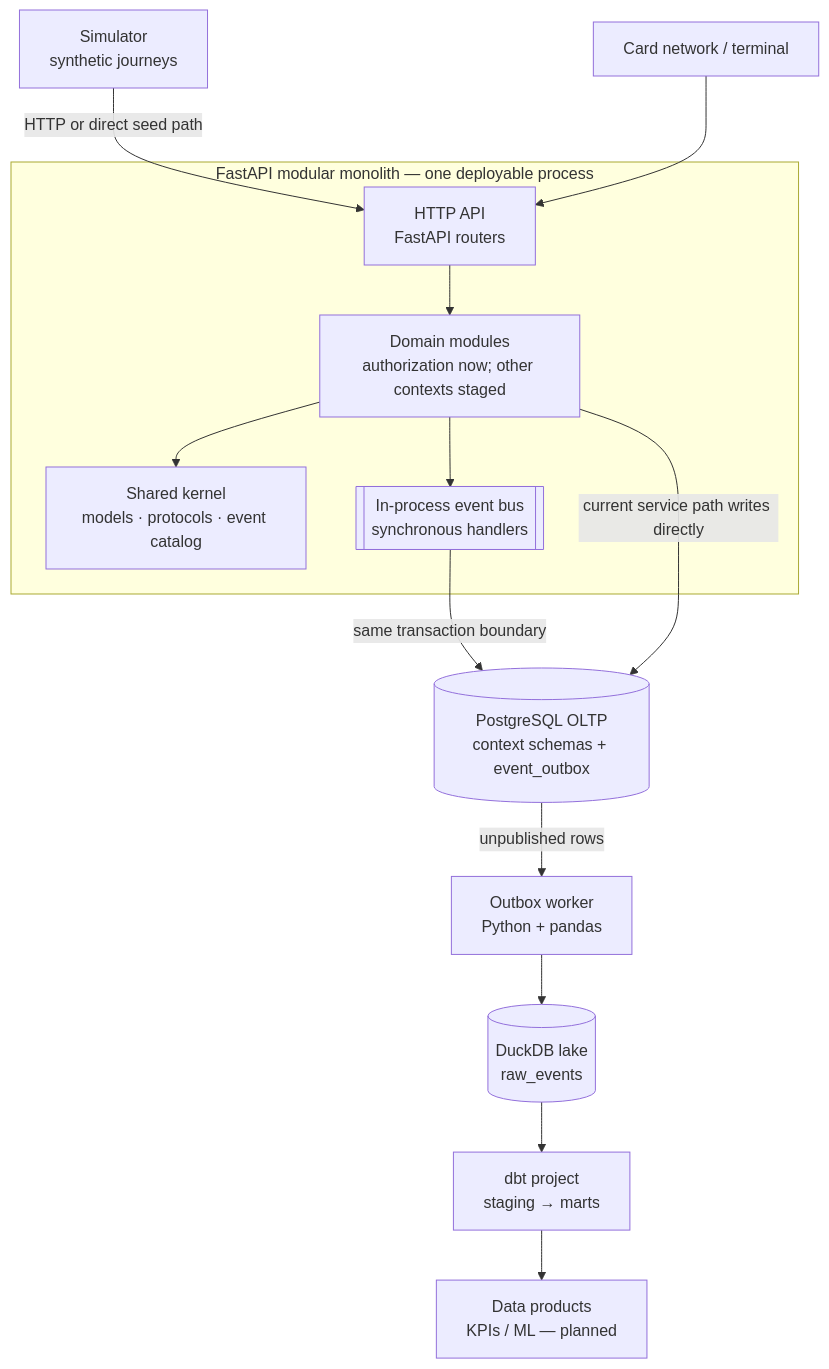
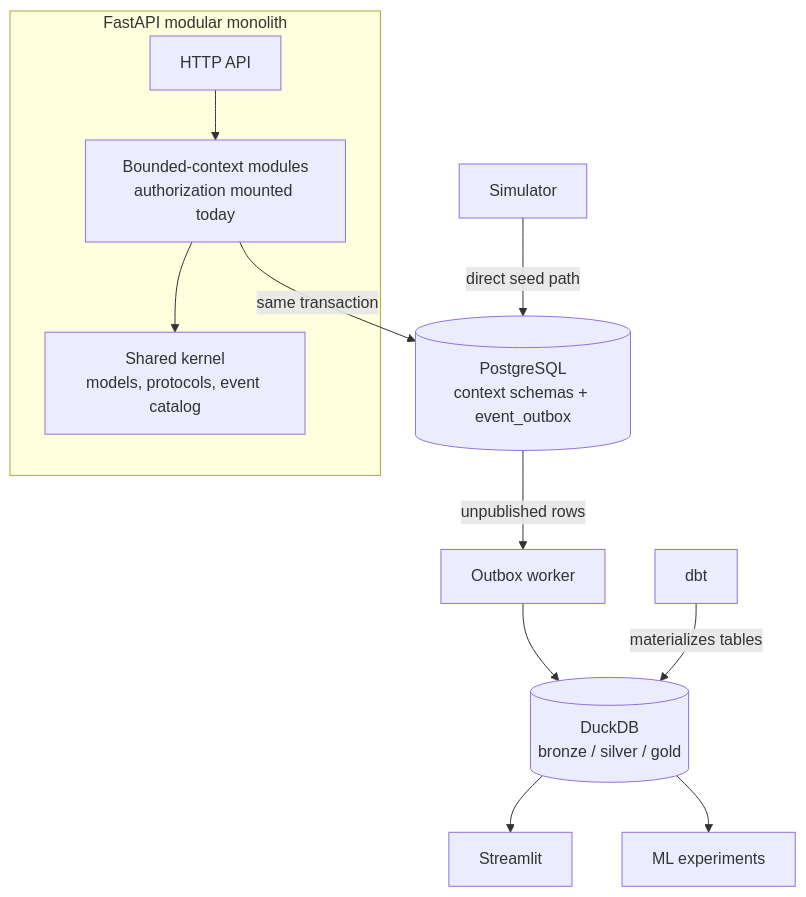
The sixth of 11 diagrams in README.md (Ratarca/card-data-lab), drawn with Mermaid before and after one commit. The commit also changed other lines of this file and 18 other files, not shown here.

````diff
--- a/README.md
+++ b/README.md
@@ -200,25 +227,24 @@
 ```mermaid
 flowchart TB
-    subgraph APP["FastAPI modular monolith — one deployable process"]
-        API["HTTP API\nFastAPI routers"]
-        MODULES["Domain modules\nauthorization now; other contexts staged"]
-        KERNEL["Shared kernel\nmodels · protocols · event catalog"]
-        BUS[["In-process event bus\nsynchronous handlers"]]
+    subgraph APP["FastAPI modular monolith"]
+        API["HTTP API"]
+        MODULES["Bounded-context modules\nauthorization mounted today"]
+        KERNEL["Shared kernel\nmodels, protocols, event catalog"]
         API --> MODULES --> KERNEL
-        MODULES --> BUS
     end
 
-    PG[("PostgreSQL OLTP\ncontext schemas + event_outbox")]
-    WORKER["Outbox worker\nPython + pandas"]
-    DUCK[("DuckDB lake\nraw_events")]
-    DBT["dbt project\nstaging → marts"]
-    PRODUCTS["Data products\nKPIs / ML — planned"]
-    SIM["Simulator\nsynthetic journeys"]
-    NETWORK["Card network / terminal"]
+    PG[("PostgreSQL\ncontext schemas + event_outbox")]
+    SIM["Simulator"]
+    WORKER["Outbox worker"]
+    DUCK[("DuckDB\nbronze / silver / gold")]
+    DBT["dbt"]
+    DASH["Streamlit"]
+    ML["ML experiments"]
 
-    SIM -->|HTTP or direct seed path| API
-    NETWORK --> API
-    BUS -->|same transaction boundary| PG
-    MODULES -->|current service path writes directly| PG
-    PG -->|unpublished rows| WORKER --> DUCK --> DBT --> PRODUCTS
+    SIM -->|"direct seed path"| PG
+    MODULES -->|"same transaction"| PG
+    PG -->|"unpublished rows"| WORKER --> DUCK
+    DBT -->|"materializes tables"| DUCK
+    DUCK --> DASH
+    DUCK --> ML
 ```
````
